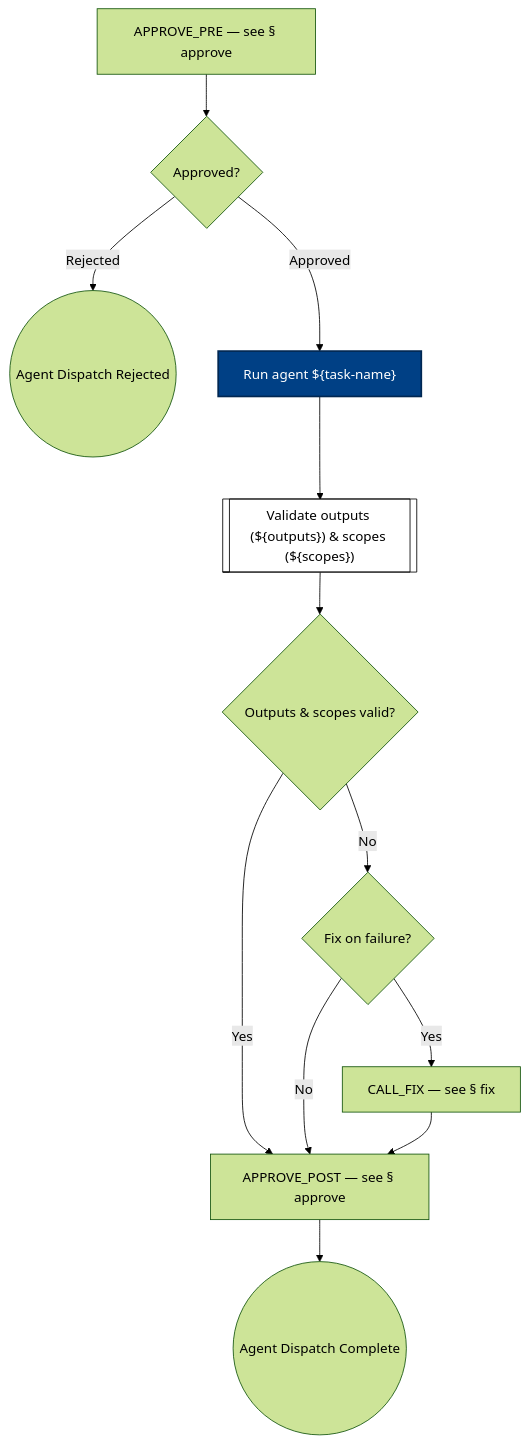
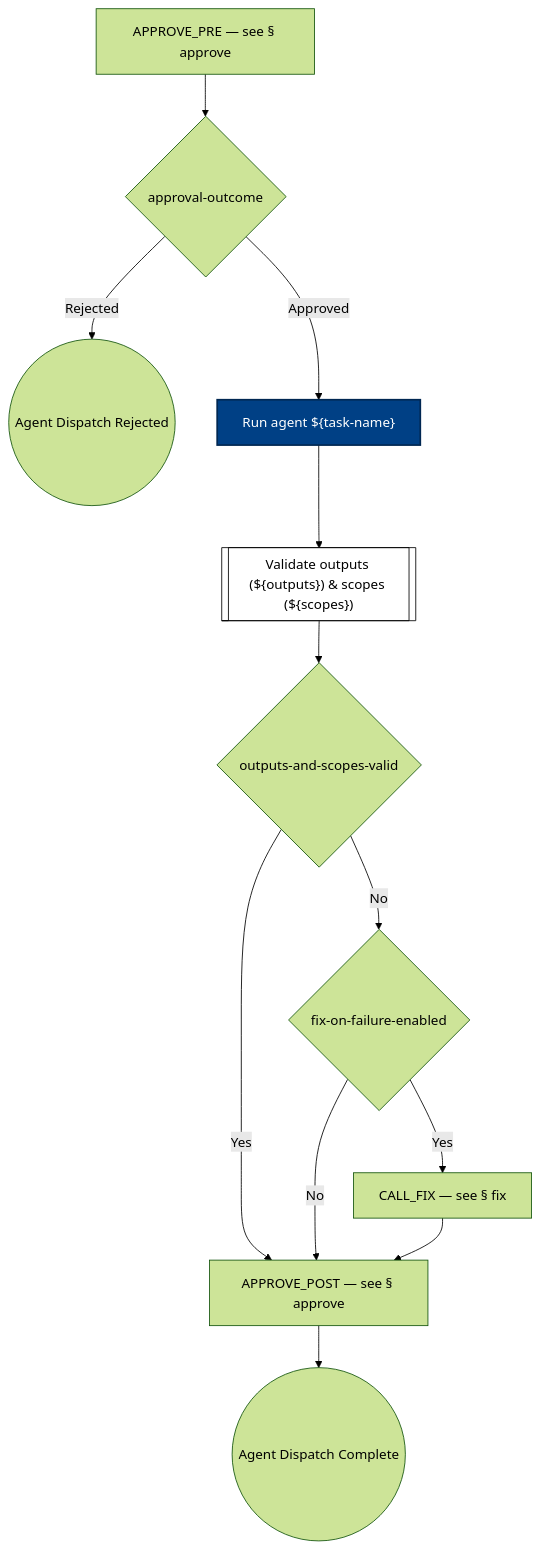
One commit to optivem/gh-optivem changed diagram 48 of 50 in docs/process-diagram.md. Above: the diagram before and after it, drawn with Mermaid (forest theme). The commit also changed other lines of this file and 3 other files, not shown here.

````diff
--- a/docs/process-diagram.md
+++ b/docs/process-diagram.md
@@ -772,31 +772,31 @@
 ```mermaid
 flowchart TD
     APPROVE_POST[APPROVE_POST — see § approve]
     APPROVE_PRE[APPROVE_PRE — see § approve]
     CALL_FIX[CALL_FIX — see § fix]
     EXECUTE_AGENT_END((Agent Dispatch Complete))
     EXECUTE_AGENT_REJECTED_END((Agent Dispatch Rejected))
-    GATE_APPROVED_PRE{Approved?}
-    GATE_FIX_ON_FAILURE{Fix on failure?}
-    GATE_OUTPUTS_AND_SCOPES_VALID{"Outputs & scopes valid?"}
+    GATE_APPROVED_PRE{approval-outcome}
+    GATE_FIX_ON_FAILURE{fix-on-failure-enabled}
+    GATE_OUTPUTS_AND_SCOPES_VALID{outputs-and-scopes-valid}
     RUN_AGENT["Run agent ${task-name}"]
     VALIDATE_OUTPUTS_AND_SCOPES[["Validate outputs (${outputs}) & scopes (${scopes})"]]
 
     APPROVE_PRE --> GATE_APPROVED_PRE
     GATE_APPROVED_PRE -- Approved --> RUN_AGENT
     GATE_APPROVED_PRE -- Rejected --> EXECUTE_AGENT_REJECTED_END
     RUN_AGENT --> VALIDATE_OUTPUTS_AND_SCOPES
     VALIDATE_OUTPUTS_AND_SCOPES --> GATE_OUTPUTS_AND_SCOPES_VALID
     GATE_OUTPUTS_AND_SCOPES_VALID -- Yes --> APPROVE_POST
     GATE_OUTPUTS_AND_SCOPES_VALID -- No --> GATE_FIX_ON_FAILURE
     GATE_FIX_ON_FAILURE -- Yes --> CALL_FIX
     GATE_FIX_ON_FAILURE -- No --> APPROVE_POST
     CALL_FIX --> APPROVE_POST
     APPROVE_POST --> EXECUTE_AGENT_END
 
     classDef serviceNode fill:#ffffff,stroke:#000000,stroke-width:1px,color:#000000
     class VALIDATE_OUTPUTS_AND_SCOPES serviceNode
 
     classDef agentNode fill:#004085,stroke:#002752,stroke-width:2px,color:#ffffff
     class RUN_AGENT agentNode
 ```
````
